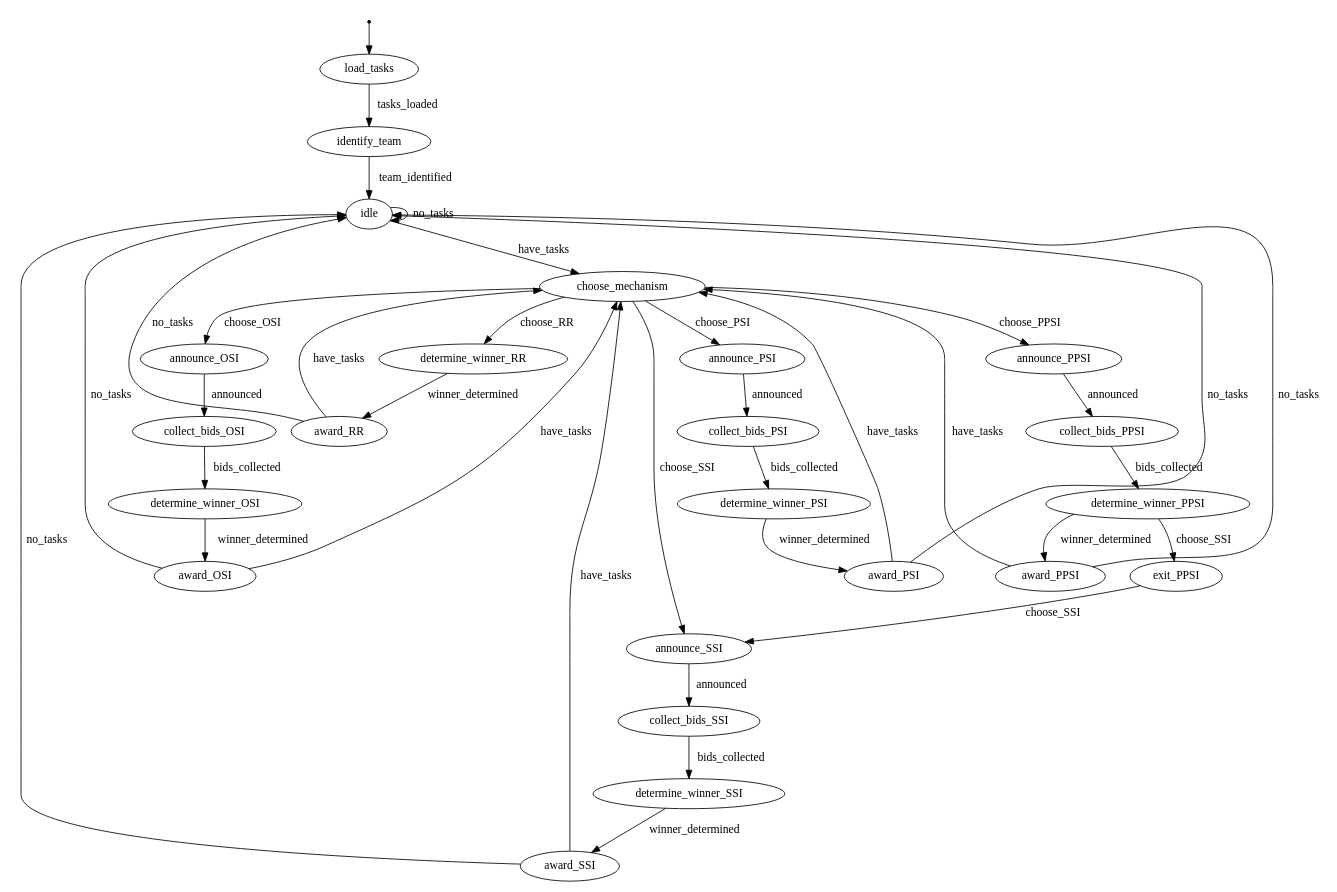
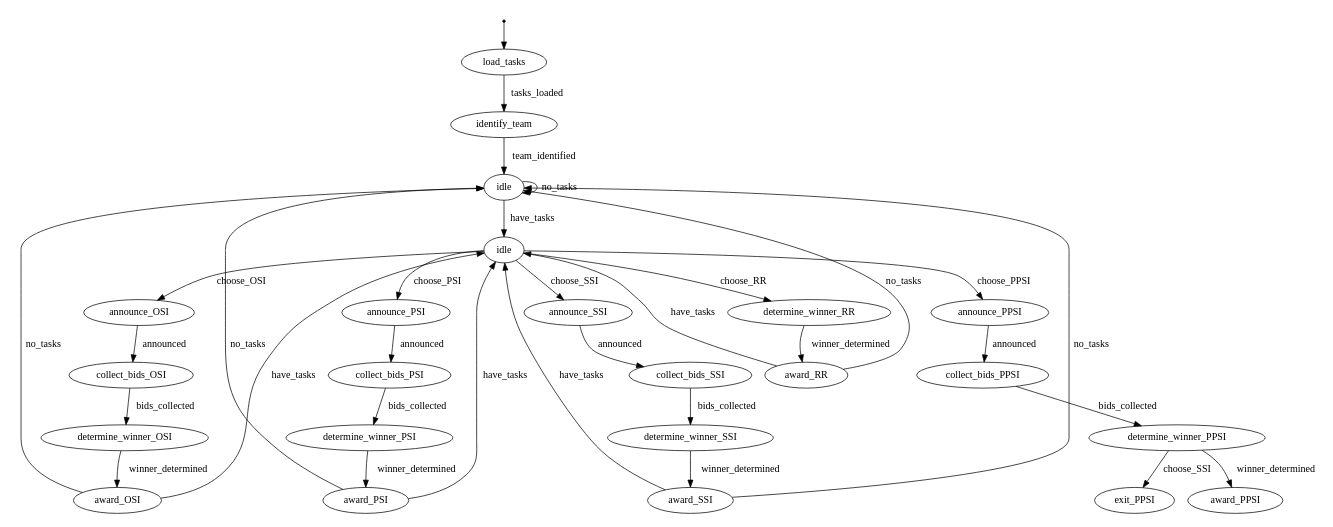
One commit to nitsuga/MRTeAm changed the diagram in docs/auctioneer-fsm.dot. Above: the diagram before and after it, drawn with Graphviz. The commit also changed 28 other files, not shown here.

```diff
--- a/docs/auctioneer-fsm.dot
+++ b/docs/auctioneer-fsm.dot
@@ -1,80 +1,86 @@
 digraph auctioneer {
+	compound=true;
 #	rankdir=LR;
 	size="8,12"
 
 	# node [style=invis] START;
 	node [shape=point] start;
 	node [shape=ellipse, label="load_tasks"] load_tasks;
 	node [shape=ellipse, label="identify_team"] identify_team;
 
 	node [shape=ellipse, label="announce_OSI"] announce_OSI;
 	node [shape=ellipse, label="collect_bids_OSI"] collect_bids_OSI;
 	node [shape=ellipse, label="determine_winner_OSI"] determine_winner_OSI;
 	node [shape=ellipse, label="award_OSI"] award_OSI;
 
 	node [shape=ellipse, label="announce_PSI"] announce_PSI;
 	node [shape=ellipse, label="collect_bids_PSI"] collect_bids_PSI;
 	node [shape=ellipse, label="determine_winner_PSI"] determine_winner_PSI;
 	node [shape=ellipse, label="award_PSI"] award_PSI;
 
 	node [shape=ellipse, label="announce_PPSI"] announce_PPSI;
 	node [shape=ellipse, label="collect_bids_PPSI"] collect_bids_PPSI;
 	node [shape=ellipse, label="determine_winner_PPSI"] determine_winner_PPSI;
 	node [shape=ellipse, label="exit_PPSI"] exit_PPSI;
 	node [shape=ellipse, label="award_PPSI"] award_PPSI;
 
 	node [shape=ellipse, label="announce_SSI"] announce_SSI;
 	node [shape=ellipse, label="collect_bids_SSI"] collect_bids_SSI;
 	node [shape=ellipse, label="determine_winner_SSI"] determine_winner_SSI;
 	node [shape=ellipse, label="award_SSI"] award_SSI;
 
 
 	node [shape=ellipse, label="determine_winner_RR"] determine_winner_RR;
 	node [shape=ellipse, label="award_RR"] award_RR;
 	
 	node [shape=ellipse, label="idle"] idle;
-	node [shapr=ellipse, label="choose_mechanism"] choose_mechanism;
+
+#	node [shape=ellipse, label="choose_mechanism"] choose_mechanism;
 	
 	start                -> load_tasks;
 	load_tasks           -> identify_team [label="tasks_loaded"];
 	identify_team        -> idle [label="team_identified"];
 
 	idle                 -> choose_mechanism [label="have_tasks"];
 
 	choose_mechanism     -> announce_OSI [label="choose_OSI"];
 	announce_OSI         -> collect_bids_OSI [label="announced"];
 	collect_bids_OSI     -> determine_winner_OSI [label="bids_collected"];
 	determine_winner_OSI -> award_OSI [label="winner_determined"];
 	award_OSI            -> choose_mechanism [label="have_tasks"];
 	award_OSI            -> idle [label="no_tasks"];
 
 	choose_mechanism     -> announce_PSI [label="choose_PSI"];
 	announce_PSI         -> collect_bids_PSI [label="announced"];
 	collect_bids_PSI     -> determine_winner_PSI [label="bids_collected"];
 	determine_winner_PSI -> award_PSI [label="winner_determined"];
 	award_PSI            -> choose_mechanism [label="have_tasks"];
 	award_PSI            -> idle [label="no_tasks"];
 
-	choose_mechanism      -> announce_PPSI [label="choose_PPSI"];
-	announce_PPSI         -> collect_bids_PPSI [label="announced"];
-	collect_bids_PPSI     -> determine_winner_PPSI [label="bids_collected"];
-	determine_winner_PPSI -> award_PPSI [label="winner_determined"];
-	determine_winner_PPSI -> exit_PPSI [label="choose_SSI"];
-	exit_PPSI             -> announce_SSI [label="choose_SSI"];
-	award_PPSI            -> choose_mechanism [label="have_tasks"];
-	award_PPSI            -> idle [label="no_tasks"];
+	subgraph choose_mechanism {
+		node [style=filled];
+		choose_mechanism      -> announce_PPSI [label="choose_PPSI"];
+		announce_PPSI         -> collect_bids_PPSI [label="announced"];
+		collect_bids_PPSI     -> determine_winner_PPSI [label="bids_collected"];
+		determine_winner_PPSI -> award_PPSI [label="winner_determined"];
+		determine_winner_PPSI -> exit_PPSI [label="choose_SSI"];
+		label = "PPSI";
+#		exit_PPSI             -> announce_SSI [label="choose_SSI"];
+#		award_PPSI            -> choose_mechanism [label="have_tasks"];
+#		award_PPSI            -> idle [label="no_tasks"];
+	}
 
 	choose_mechanism     -> announce_SSI [label="choose_SSI"];
 	announce_SSI         -> collect_bids_SSI [label="announced"];
 	collect_bids_SSI     -> determine_winner_SSI [label="bids_collected"];
 	determine_winner_SSI -> award_SSI [label="winner_determined"];
 	award_SSI            -> choose_mechanism [label="have_tasks"];
 	award_SSI            -> idle [label="no_tasks"];
 	
 	choose_mechanism     -> determine_winner_RR [label="choose_RR"];
 	determine_winner_RR  -> award_RR [label="winner_determined"];
 	award_RR             -> choose_mechanism [label="have_tasks"];
 	award_RR             -> idle [label="no_tasks"];
 	
 	idle                 -> idle [label="no_tasks"];
 }
```
